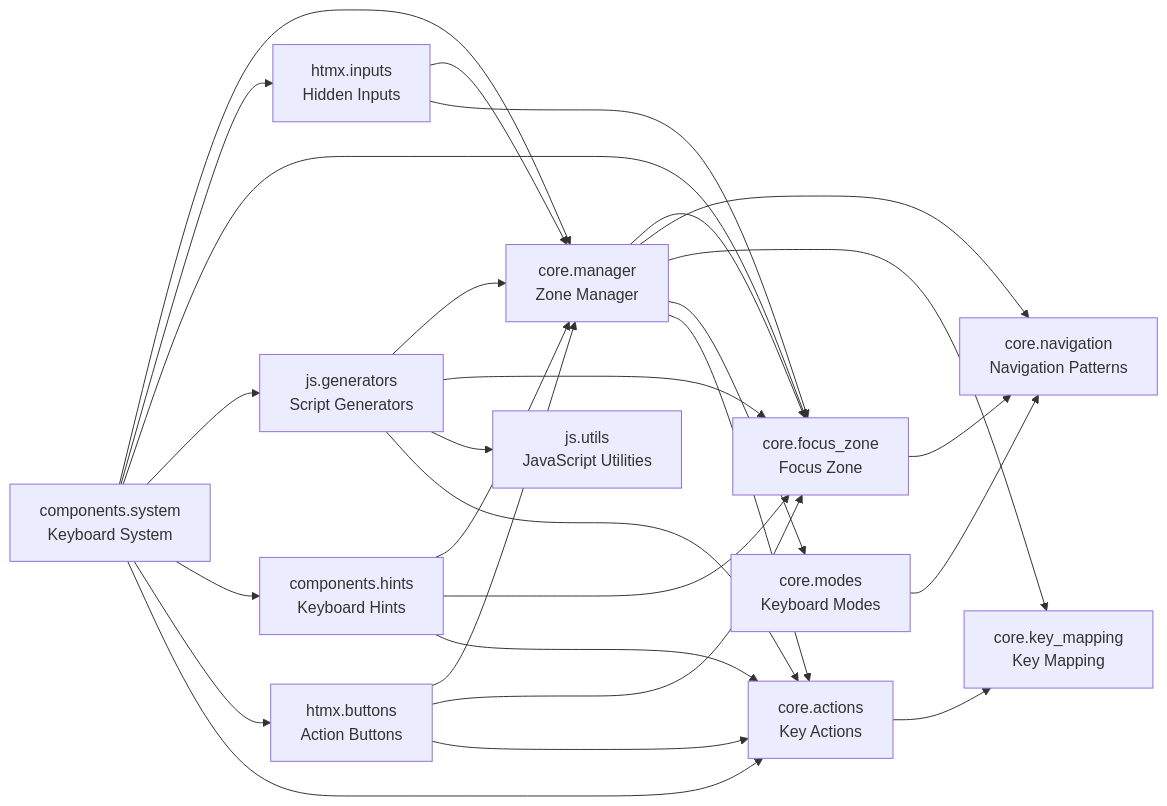
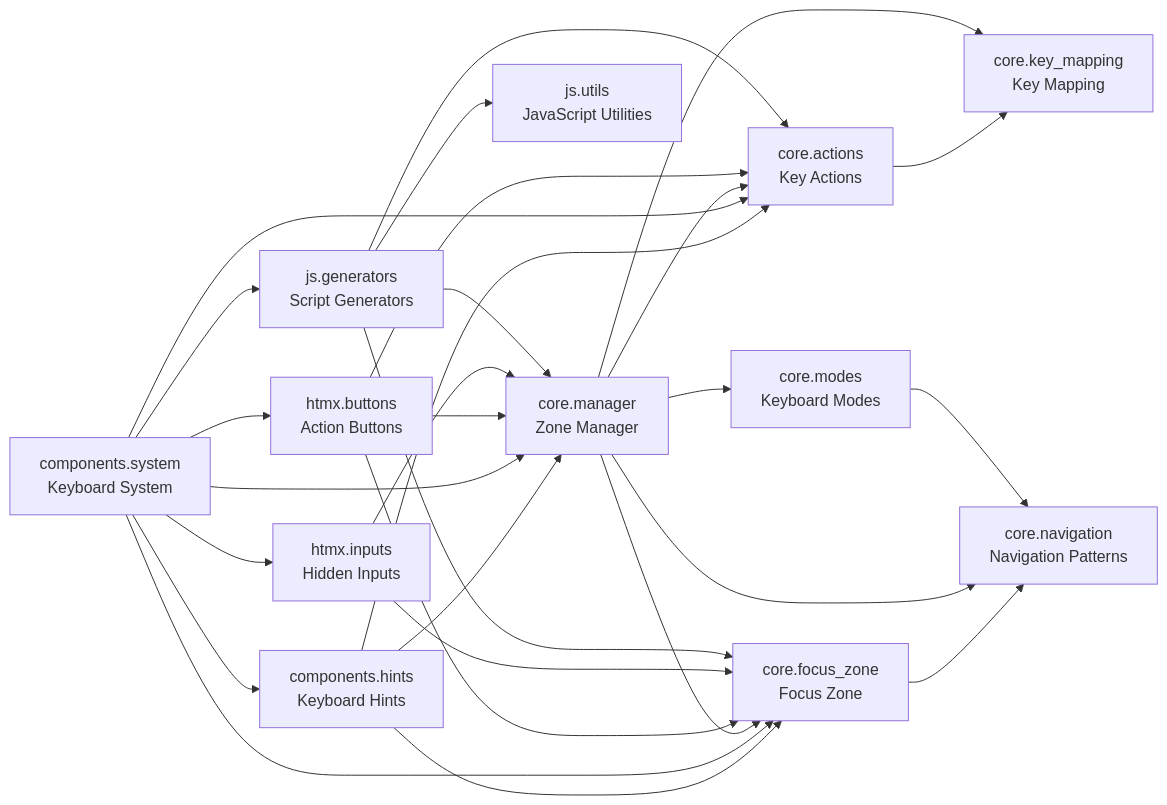
The diagram in README.md (cj-mills/cjm-fasthtml-keyboard-navigation), drawn with Mermaid before and after one commit. The commit also changed other lines of this file and 3 other files, not shown here.

````diff
--- a/README.md
+++ b/README.md
@@ -36,43 +36,43 @@
 ``` mermaid
 graph LR
     components_hints[components.hints<br/>Keyboard Hints]
     components_system[components.system<br/>Keyboard System]
     core_actions[core.actions<br/>Key Actions]
     core_focus_zone[core.focus_zone<br/>Focus Zone]
     core_key_mapping[core.key_mapping<br/>Key Mapping]
     core_manager[core.manager<br/>Zone Manager]
     core_modes[core.modes<br/>Keyboard Modes]
     core_navigation[core.navigation<br/>Navigation Patterns]
     htmx_buttons[htmx.buttons<br/>Action Buttons]
     htmx_inputs[htmx.inputs<br/>Hidden Inputs]
     js_generators[js.generators<br/>Script Generators]
     js_utils[js.utils<br/>JavaScript Utilities]
 
+    components_hints --> core_focus_zone
     components_hints --> core_manager
-    components_hints --> core_focus_zone
     components_hints --> core_actions
+    components_system --> js_generators
+    components_system --> htmx_inputs
     components_system --> core_manager
-    components_system --> htmx_inputs
-    components_system --> core_focus_zone
-    components_system --> js_generators
-    components_system --> components_hints
     components_system --> htmx_buttons
     components_system --> core_actions
+    components_system --> components_hints
+    components_system --> core_focus_zone
     core_actions --> core_key_mapping
     core_focus_zone --> core_navigation
-    core_manager --> core_focus_zone
+    core_manager --> core_key_mapping
     core_manager --> core_navigation
-    core_manager --> core_key_mapping
     core_manager --> core_modes
     core_manager --> core_actions
+    core_manager --> core_focus_zone
     core_modes --> core_navigation
     htmx_buttons --> core_manager
+    htmx_buttons --> core_actions
     htmx_buttons --> core_focus_zone
-    htmx_buttons --> core_actions
     htmx_inputs --> core_manager
     htmx_inputs --> core_focus_zone
+    js_generators --> js_utils
     js_generators --> core_manager
+    js_generators --> core_actions
     js_generators --> core_focus_zone
-    js_generators --> js_utils
-    js_generators --> core_actions
 ```
````
